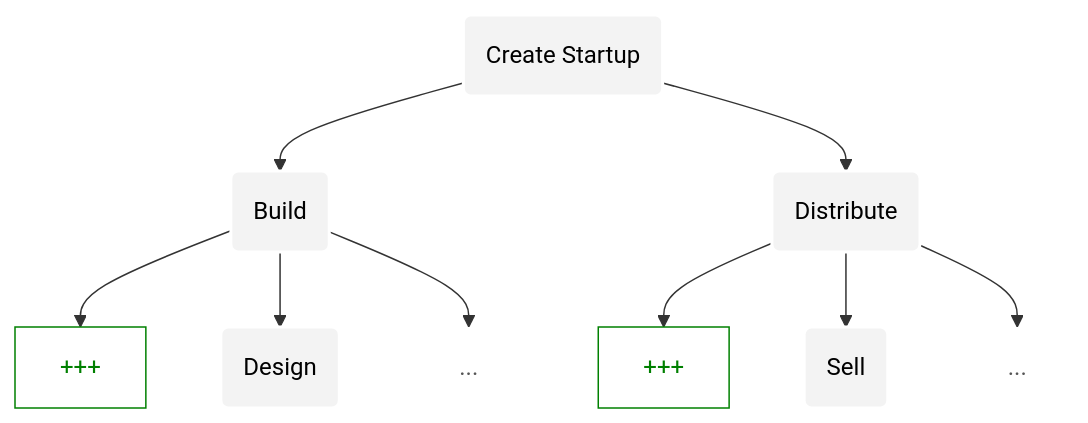
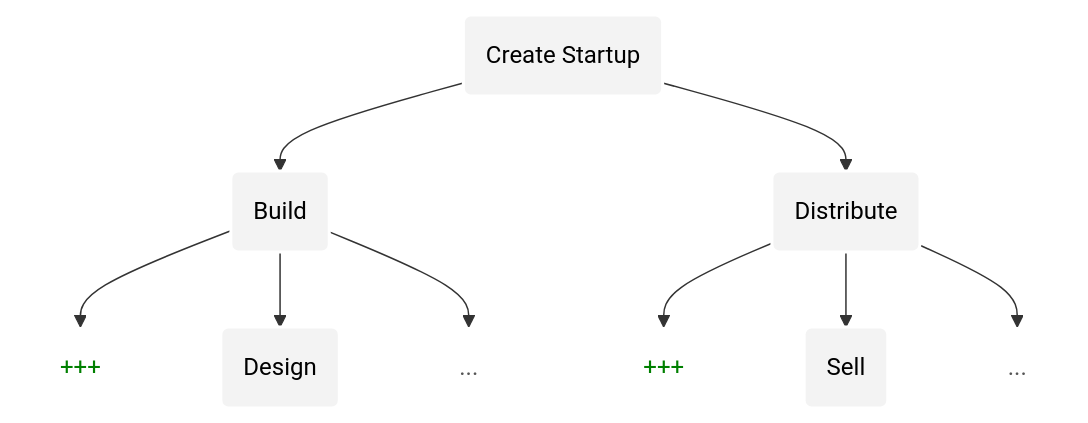
The second of 3 diagrams in Convergence.md (root-foundation/root), drawn with Mermaid before and after one commit. The commit also changed other lines of this file, not shown here.

````diff
--- a/Convergence.md
+++ b/Convergence.md
@@ -98,39 +98,39 @@
 ```mermaid
 flowchart TD
     %% Main nodes with curved (stadium) edges
     Startup("Create Startup")
     Build("Build")
     Distribute("Distribute")
     Design("Design")
     Sell("Sell")
 
     %% Dimmed placeholder nodes
     BuildEtc["..."]
     DistEtc["..."]
 
     %% New placeholder
     BuildNew["+++"]
     DistributeNew["+++"]
 
     %% Connections
     Startup --> Build
     Startup --> Distribute
 
     Build --> BuildNew
     Build --> Design
     Build --> BuildEtc
 
 
     Distribute --> DistributeNew
     Distribute --> Sell
     Distribute --> DistEtc
 
     %% Styling
     classDef mainNode fill:#f3f3f3,stroke:#ffffff,stroke-width:2px,color:#000;
     classDef placeholder fill:transparent,stroke:transparent,color:#555555;
-    classDef new fill:transparent,stroke:green,color:green;
+    classDef new fill:transparent,stroke:transparent,color:green;
 
     class Startup,Build,Distribute,Design,BuildSystem,UseFigma,Sell,CreatePipeline,UseSalesforce mainNode;
     class BuildEtc,DesignEtc,BuildSysEtc,DistEtc,SellEtc,PipelineEtc placeholder;
     class BuildNew,DistributeNew new;
 ```
````
